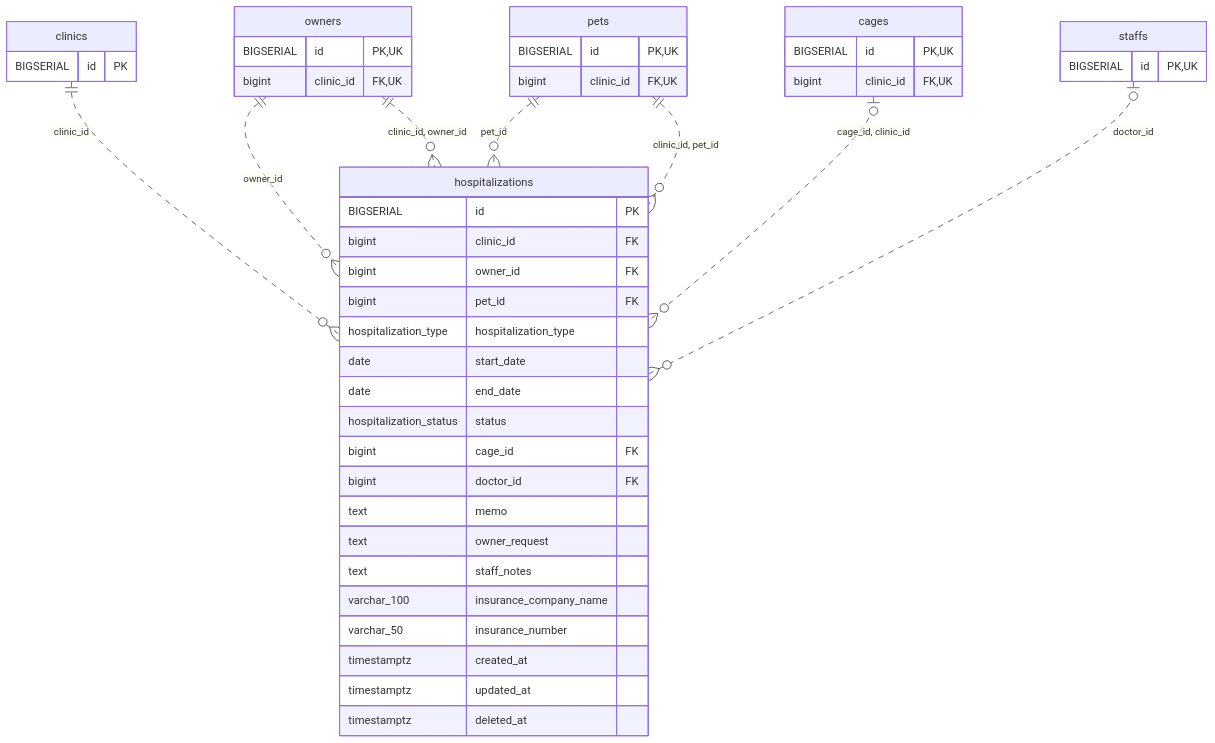
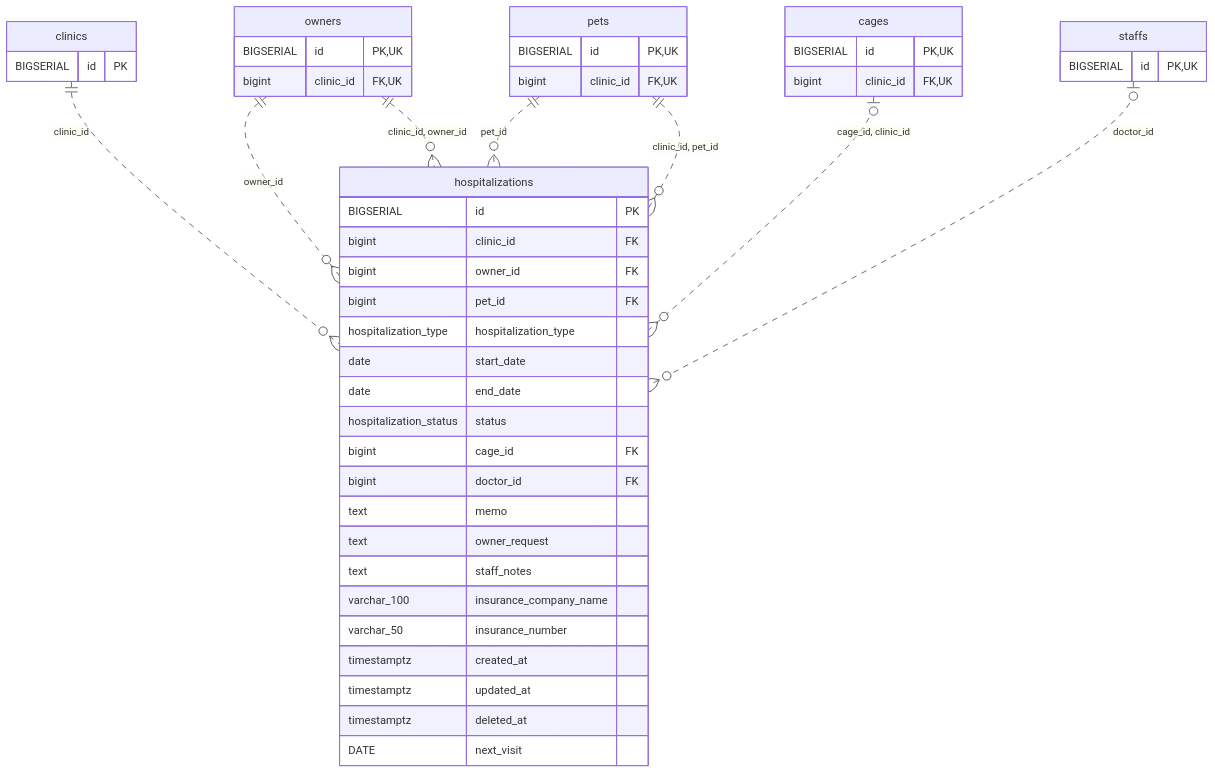
Before and after one commit to MinoruSoga/AnimalEkarte: the diagram in docs/architecture/erd-detail/hospitalizations.md, drawn with Mermaid. The commit also changed other lines of this file and 3 other files, not shown here.

Commit message:
fix: sync ERD schema expectations with migration 036

````diff
--- a/docs/architecture/erd-detail/hospitalizations.md
+++ b/docs/architecture/erd-detail/hospitalizations.md
@@ -41,48 +42,49 @@
 ```mermaid
 erDiagram
     hospitalizations {
         BIGSERIAL id PK
         bigint clinic_id FK
         bigint owner_id FK
         bigint pet_id FK
         hospitalization_type hospitalization_type
         date start_date
         date end_date
         hospitalization_status status
         bigint cage_id FK
         bigint doctor_id FK
         text memo
         text owner_request
         text staff_notes
         varchar_100 insurance_company_name
         varchar_50 insurance_number
         timestamptz created_at
         timestamptz updated_at
         timestamptz deleted_at
+        DATE next_visit
     }
     cages {
         BIGSERIAL id PK,UK
         bigint clinic_id FK,UK
     }
     clinics {
         BIGSERIAL id PK
     }
     owners {
         BIGSERIAL id PK,UK
         bigint clinic_id FK,UK
     }
     pets {
         BIGSERIAL id PK,UK
         bigint clinic_id FK,UK
     }
     staffs {
         BIGSERIAL id PK,UK
     }
     clinics ||..o{ hospitalizations : "clinic_id"
     owners ||..o{ hospitalizations : "owner_id"
     pets ||..o{ hospitalizations : "pet_id"
     owners ||..o{ hospitalizations : "clinic_id, owner_id"
     pets ||..o{ hospitalizations : "clinic_id, pet_id"
     cages o|..o{ hospitalizations : "cage_id, clinic_id"
     staffs o|..o{ hospitalizations : "doctor_id"
 ```
````
